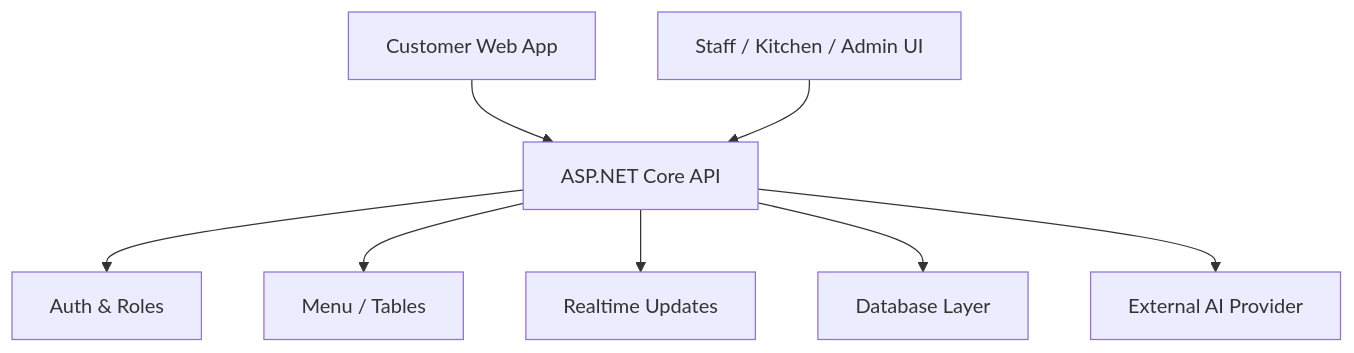
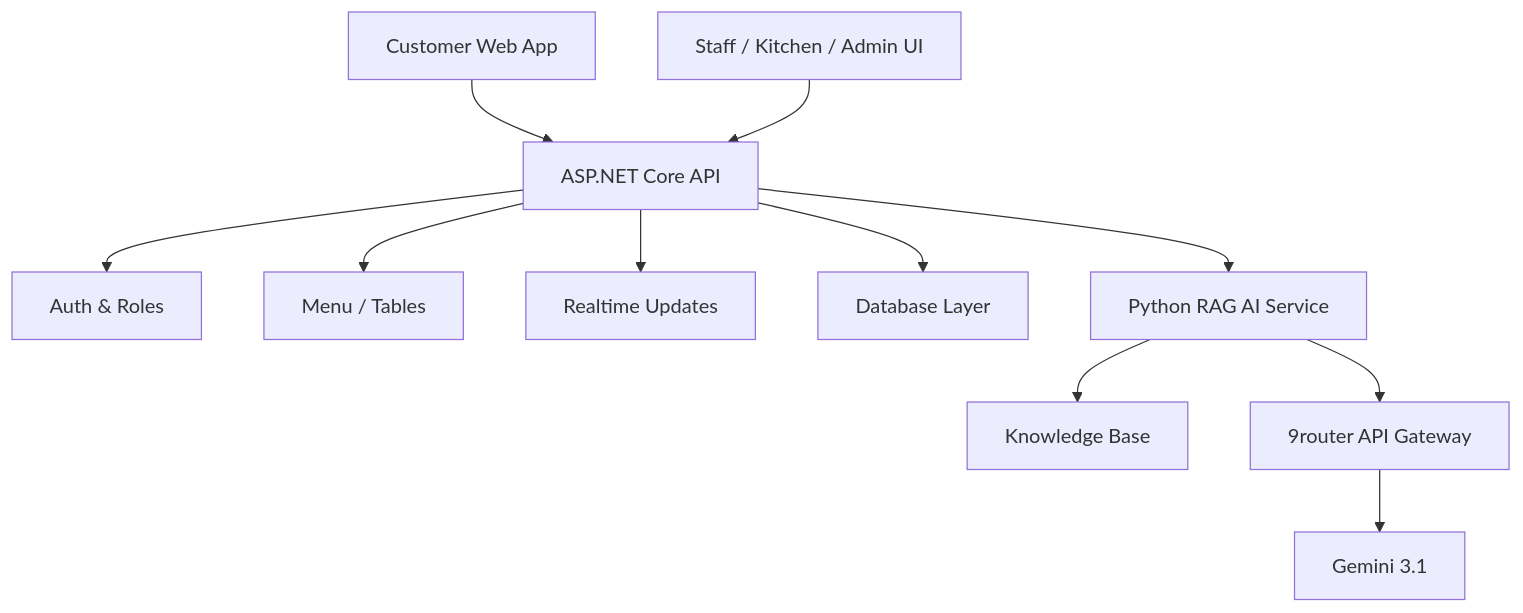
Before and after one commit to Anpham120/restaurant-qr-ai-ordering: the second of 2 diagrams in README.md, drawn with Mermaid. The commit also changed other lines of this file and 37 other files, not shown here.

Commit message:
Add Python RAG AI service

````diff
--- a/README.md
+++ b/README.md
@@ -67,10 +67,13 @@
 ```mermaid
 flowchart TB
   Customer["Customer Web App"] --> API["ASP.NET Core API"]
   Staff["Staff / Kitchen / Admin UI"] --> API
   API --> Auth["Auth & Roles"]
   API --> Menu["Menu / Tables"]
   API --> Realtime["Realtime Updates"]
   API --> Data["Database Layer"]
-  API --> AI["External AI Provider"]
+  API --> AiService["Python RAG AI Service"]
+  AiService --> RAG["Knowledge Base"]
+  AiService --> Router["9router API Gateway"]
+  Router --> Gemini["Gemini 3.1"]
 ```
````
